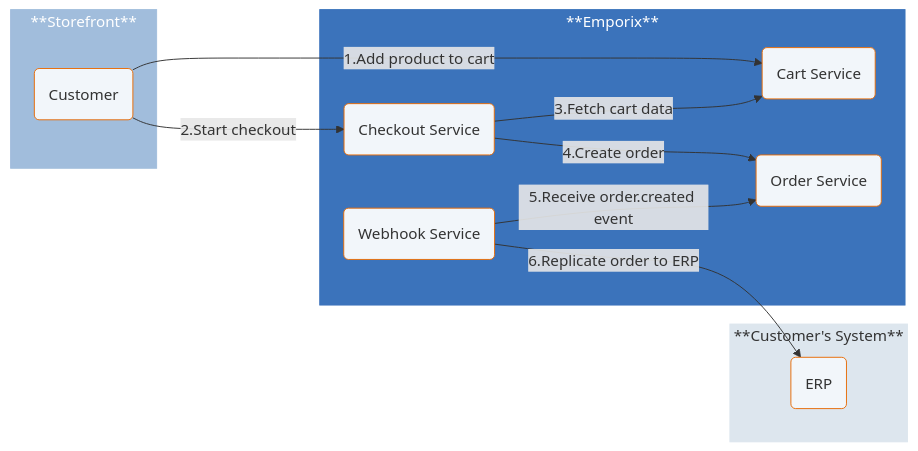
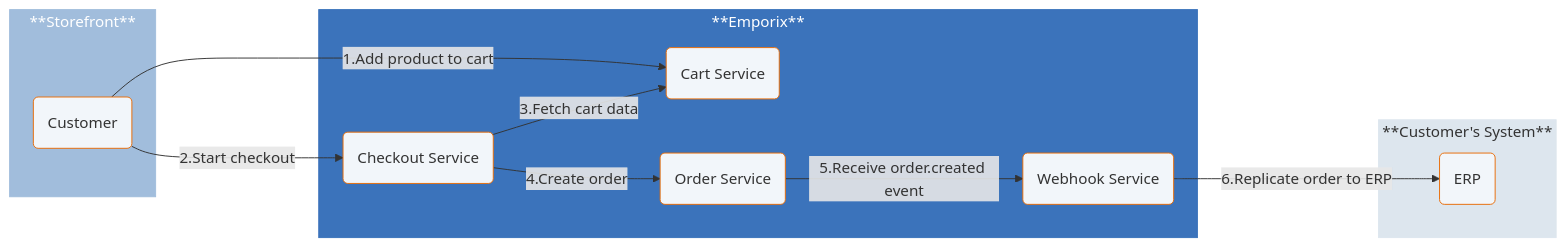
Before and after one commit to emporix/api-references: the diagram in orders/order/order_async.mmd, drawn with Mermaid. The commit also changed 3 other files, not shown here.

Commit message:
COP-3102 Diagram update

```diff
--- a/orders/order/order_async.mmd
+++ b/orders/order/order_async.mmd
@@ -1,46 +1,46 @@
 ---
 config:
   layout: fixed
   theme: default
   look: classic
 ---
 flowchart LR
  subgraph subGraph0["**Storefront**"]
         A["Customer"]
   end
  subgraph subGraph1["**Emporix**"]
         CS["Cart Service"]
         CHK["Checkout Service"]
         OS["Order Service"]
         WS["Webhook Service"]
   end
  subgraph subGraph2["**Customer's System**"]
         ERP["ERP"]
   end
     A -- "1.Add product to cart" --> CS
     A -- "2.Start checkout" --> CHK
     CHK -- "3.Fetch cart data" --> CS
     CHK -- "4.Create order" --> OS
-    WS -- "5.Receive order.created event" --> OS
+    OS -- "5.Receive order.created event" --> WS
     WS -- "6.Replicate order to ERP" --> ERP
     A@{ shape: rounded}
     CS@{ shape: rounded}
     CHK@{ shape: rounded}
     OS@{ shape: rounded}
     ERP@{ shape: rounded}
     WS@{ shape: rounded}
      A:::Class_04
      CS:::Class_04
      CHK:::Class_04
      OS:::Class_04
      WS:::Class_04
      ERP:::Class_04
      subGraph1:::Class_03
      subGraph0:::Class_01
      subGraph2:::Class_02
     classDef Class_02 stroke-width:1px, stroke-dasharray: 0, stroke:#DDE6EE, fill:#DDE6EE
     classDef Class_01 stroke-width:1px, stroke-dasharray: 0, stroke:#A1BDDC, fill:#A1BDDC
     classDef Class_03 stroke-width:1px, stroke-dasharray: 0, stroke:#3b73bb, fill:#3b73bb
     classDef Class_04 fill:#F2F6FA, stroke:#E86C07
     style subGraph0 color:#FFFFFF
     style subGraph1 color:#FFFFFF
```
